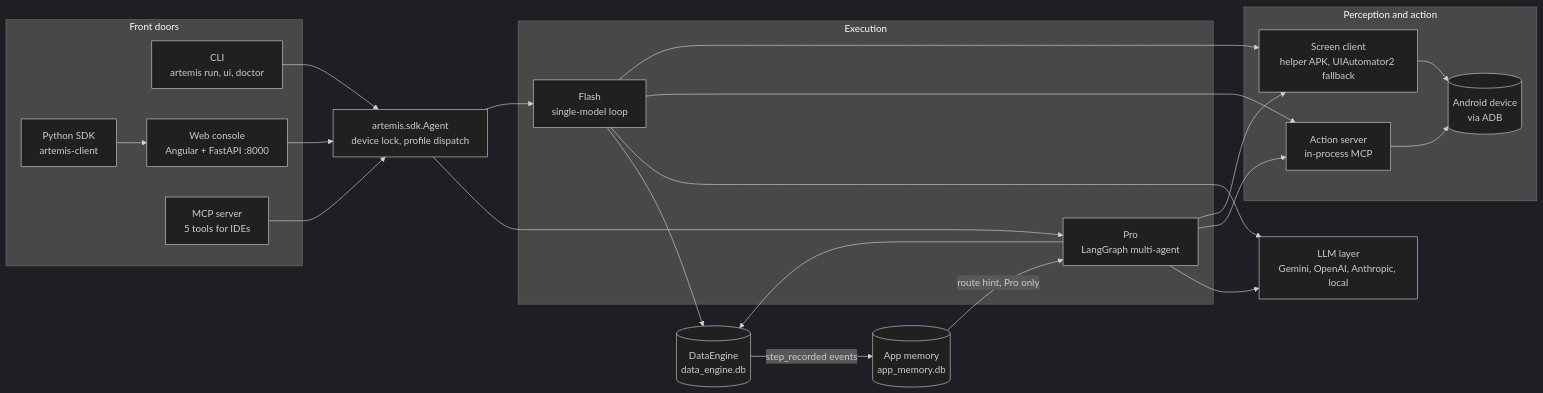
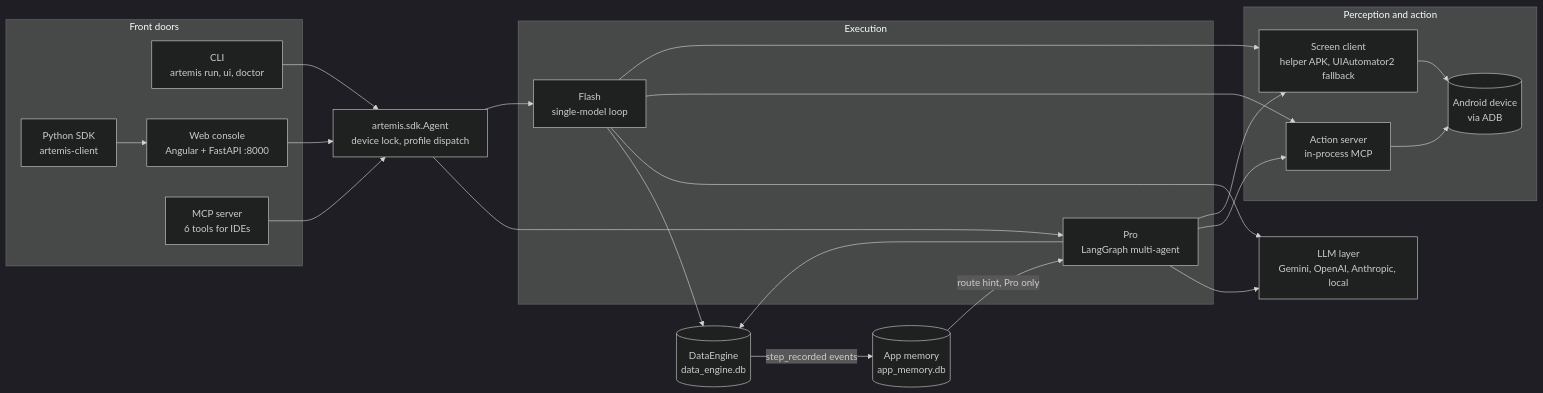
One commit to leong1024/engram-gui-agent changed the second of 15 diagrams in README.md. Above: the diagram before and after it, drawn with Mermaid (dark theme). The commit also changed other lines of this file, not shown here.

First line of the commit message:
README: count six IDE MCP tools and name mobile_get_knowledge

````diff
--- a/README.md
+++ b/README.md
@@ -91,45 +91,45 @@
 ```mermaid
 flowchart LR
     subgraph IN["Front doors"]
         CLI["CLI<br/>artemis run, ui, doctor"]
         WEB["Web console<br/>Angular + FastAPI :8000"]
-        MCPS["MCP server<br/>5 tools for IDEs"]
+        MCPS["MCP server<br/>6 tools for IDEs"]
         SDK["Python SDK<br/>artemis-client"]
     end
 
     AGENT["artemis.sdk.Agent<br/>device lock, profile dispatch"]
 
     subgraph EXEC["Execution"]
         FLASH["Flash<br/>single-model loop"]
         PRO["Pro<br/>LangGraph multi-agent"]
     end
 
     subgraph IO["Perception and action"]
         PERC["Screen client<br/>helper APK, UIAutomator2 fallback"]
         ACT["Action server<br/>in-process MCP"]
         DEV[("Android device<br/>via ADB")]
     end
 
     LLM["LLM layer<br/>Gemini, OpenAI, Anthropic, local"]
     DE[("DataEngine<br/>data_engine.db")]
     AM[("App memory<br/>app_memory.db")]
 
     CLI --> AGENT
     WEB --> AGENT
     MCPS --> AGENT
     SDK --> WEB
     AGENT --> FLASH
     AGENT --> PRO
     FLASH --> PERC
     PRO --> PERC
     FLASH --> ACT
     PRO --> ACT
     PERC --> DEV
     ACT --> DEV
     FLASH --> LLM
     PRO --> LLM
     FLASH --> DE
     PRO --> DE
     DE -->|"step_recorded events"| AM
     AM -->|"route hint, Pro only"| PRO
 ```
````
